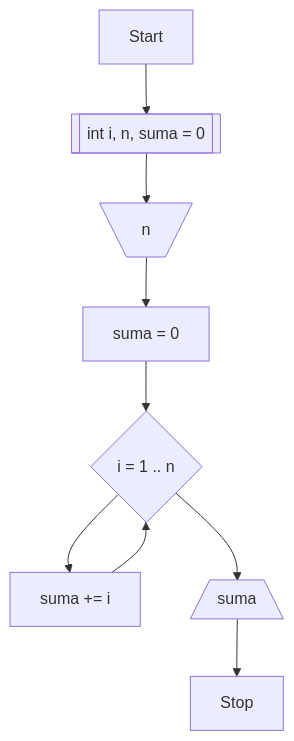
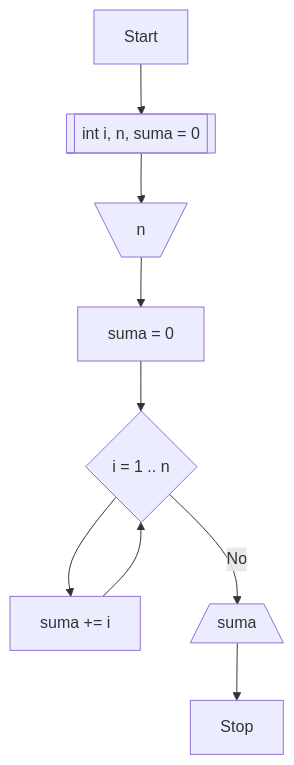
The diagram in zadatak.md (radlovacki/proba), drawn with Mermaid before and after one commit.

````diff
--- a/zadatak.md
+++ b/zadatak.md
@@ -25,11 +25,11 @@
 ```mermaid
 flowchart TD
     Start --> id1[[int i, n, suma = 0]]
     id1 --> id2[\n/]
     id2 --> id3[suma = 0]
     id3 --> id4{i = 1 .. n}
     id4 --> id5[suma += i]
     id5 --> id4
-    id4 --> id6[/suma\]
+    id4 -->|No| id6[/suma\]
     id6 --> id7[Stop]
 ```
````
